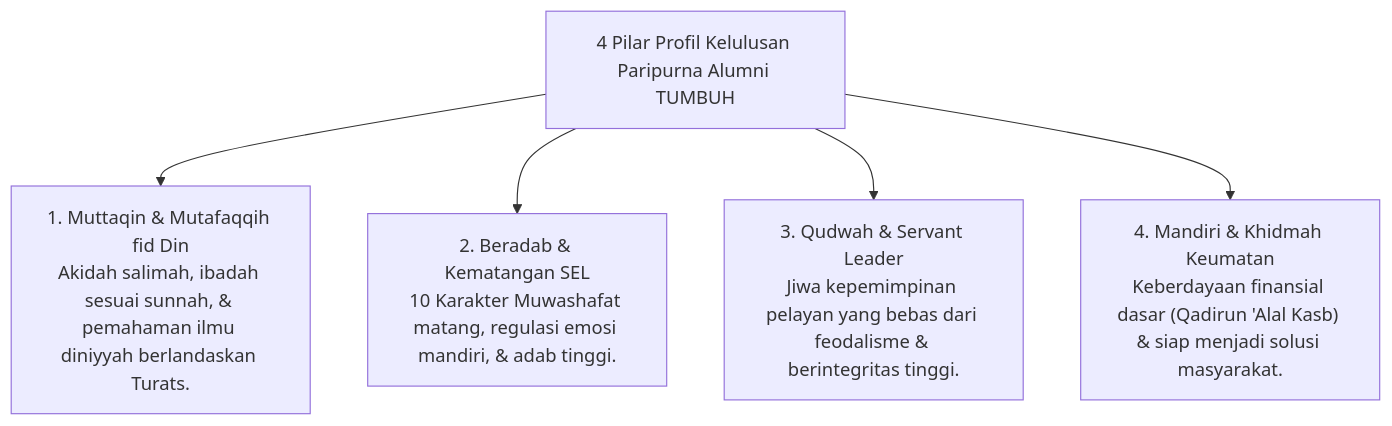
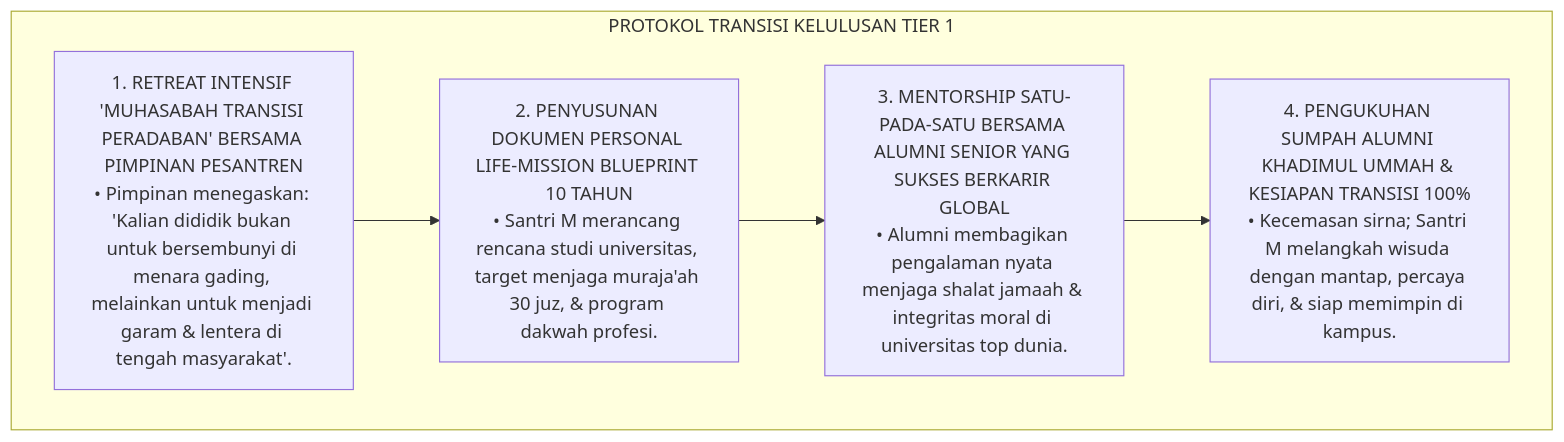
One commit to wandiapriliyandi/tumbuh changed the fifth of 6 diagrams in 04 Progression Framework/06 Graduation Standards/P4-06-01-Profil-Kelulusan-Paripurna-Alumni-TUMBUH.md. Above: the diagram before and after it, drawn with Mermaid. The commit also changed other lines of this file and 6 other files, not shown here.

````diff
--- a/04 Progression Framework/06 Graduation Standards/P4-06-01-Profil-Kelulusan-Paripurna-Alumni-TUMBUH.md
+++ b/04 Progression Framework/06 Graduation Standards/P4-06-01-Profil-Kelulusan-Paripurna-Alumni-TUMBUH.md
@@ -14,8 +133,14 @@
 ```mermaid
-graph TD
-    GraduateProfile["4 Pilar Profil Kelulusan Paripurna Alumni TUMBUH"]
-    GraduateProfile --> Pilar1["1. Muttaqin & Mutafaqqih fid Din<br/>Akidah salimah, ibadah sesuai sunnah, & pemahaman ilmu diniyyah berlandaskan Turats."]
-    GraduateProfile --> Pilar2["2. Beradab & Kematangan SEL<br/>10 Karakter Muwashafat matang, regulasi emosi mandiri, & adab tinggi."]
-    GraduateProfile --> Pilar3["3. Qudwah & Servant Leader<br/>Jiwa kepemimpinan pelayan yang bebas dari feodalisme & berintegritas tinggi."]
-    GraduateProfile --> Pilar4["4. Mandiri & Khidmah Keumatan<br/>Keberdayaan finansial dasar (Qadirun 'Alal Kasb) & siap menjadi solusi masyarakat."]
+flowchart TD
+    subgraph ProtokolTransisiAlumni["PROTOKOL TRANSISI KELULUSAN TIER 1"]
+        Step1["1. RETREAT INTENSIF 'MUHASABAH TRANSISI PERADABAN' BERSAMA PIMPINAN PESANTREN<br/>• Pimpinan menegaskan: 'Kalian dididik bukan untuk bersembunyi di menara gading, melainkan untuk menjadi garam & lentera di tengah masyarakat'."]
+        
+        Step2["2. PENYUSUNAN DOKUMEN PERSONAL LIFE-MISSION BLUEPRINT 10 TAHUN<br/>• Santri M merancang rencana studi universitas, target menjaga muraja'ah 30 juz, & program dakwah profesi."]
+        
+        Step3["3. MENTORSHIP SATU-PADA-SATU BERSAMA ALUMNI SENIOR YANG SUKSES BERKARIR GLOBAL<br/>• Alumni membagikan pengalaman nyata menjaga shalat jamaah & integritas moral di universitas top dunia."]
+        
+        Step4["4. PENGUKUHAN SUMPAH ALUMNI KHADIMUL UMMAH & KESIAPAN TRANSISI 100%<br/>• Kecemasan sirna; Santri M melangkah wisuda dengan mantap, percaya diri, & siap memimpin di kampus."]
+        
+        Step1 --> Step2 --> Step3 --> Step4
+    end
 ```
````
